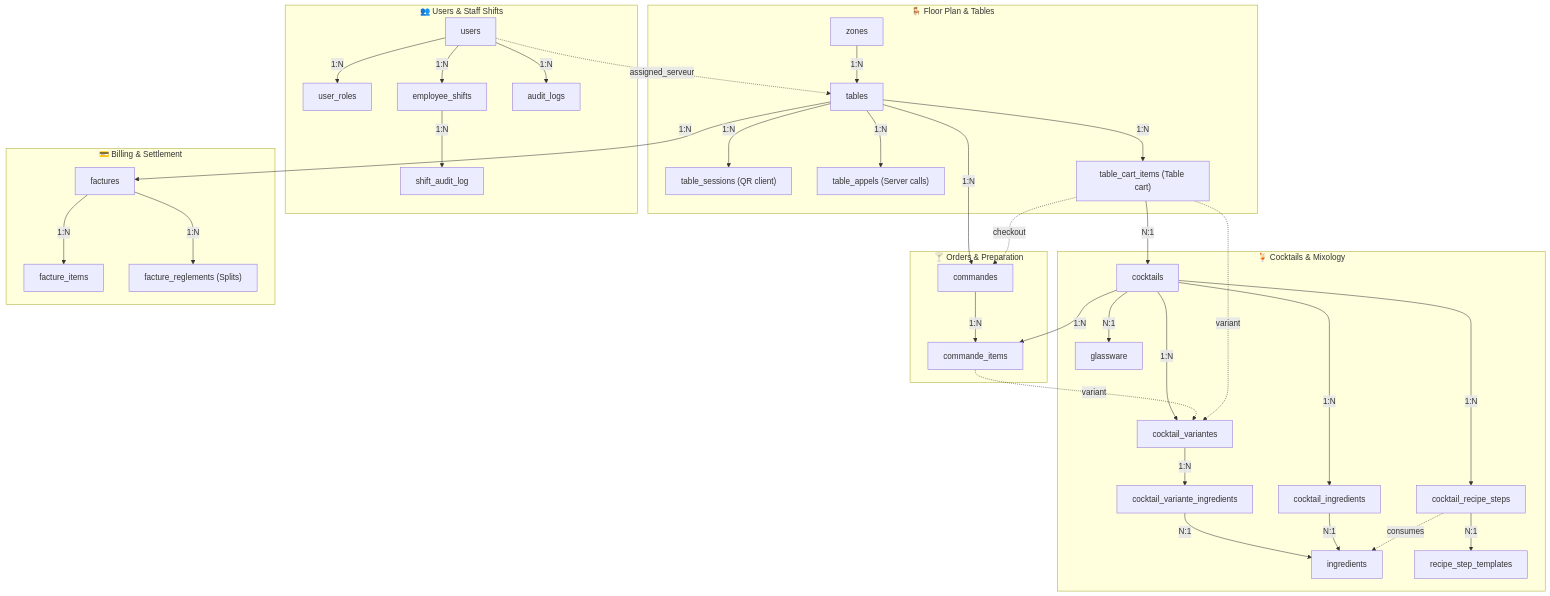
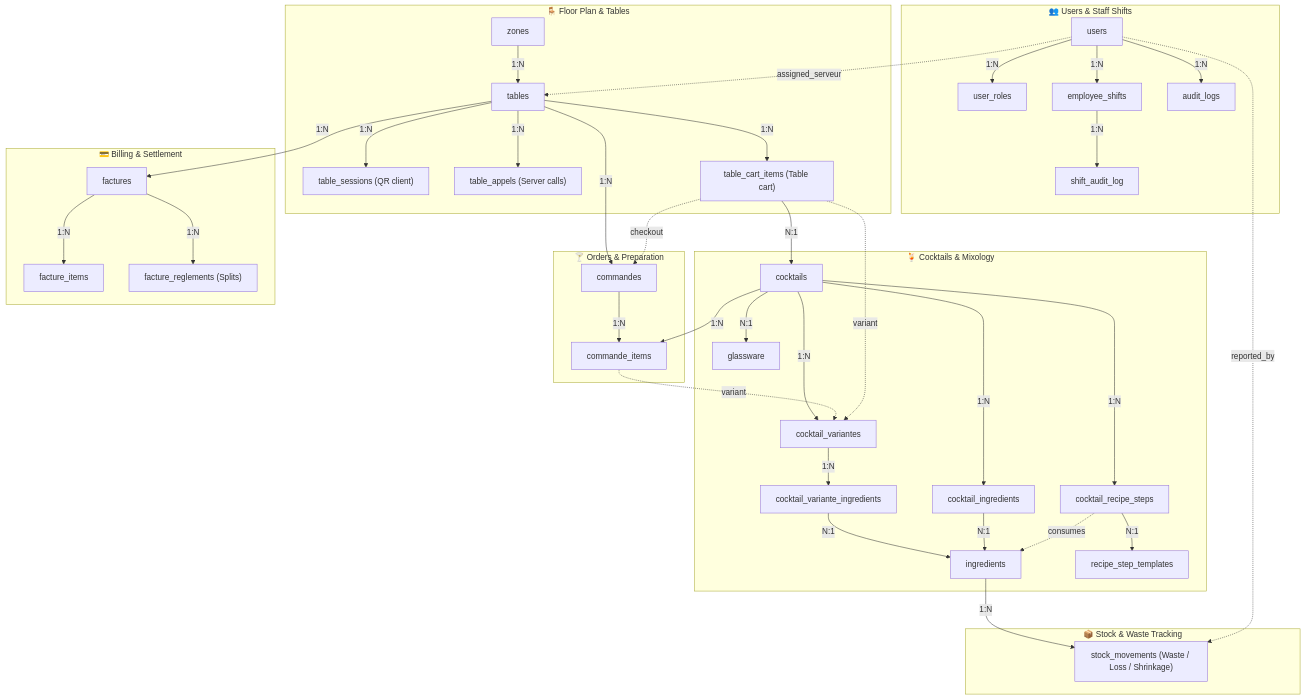
Before and after one commit to FunWarry/Open-Bar: the first of 2 diagrams in .agents/knowledge/architecture.md, drawn with Mermaid. The commit also changed other lines of this file and 1 other file, not shown here.

````diff
--- a/.agents/knowledge/architecture.md
+++ b/.agents/knowledge/architecture.md
@@ -105,46 +105,51 @@
 ```mermaid
 flowchart TD
     subgraph UsersDomain ["👥 Users & Staff Shifts"]
         USERS["users"] -->|"1:N"| USER_ROLES["user_roles"]
         USERS -->|"1:N"| EMPLOYEE_SHIFTS["employee_shifts"]
         EMPLOYEE_SHIFTS -->|"1:N"| SHIFT_AUDIT_LOG["shift_audit_log"]
         USERS -->|"1:N"| AUDIT_LOGS["audit_logs"]
     end
 
     subgraph SalleDomain ["🪑 Floor Plan & Tables"]
         ZONES["zones"] -->|"1:N"| TABLES["tables"]
         USERS -.->|"assigned_serveur"| TABLES
         TABLES -->|"1:N"| TABLE_SESSIONS["table_sessions (QR client)"]
         TABLES -->|"1:N"| TABLE_APPELS["table_appels (Server calls)"]
         TABLES -->|"1:N"| TABLE_CART_ITEMS["table_cart_items (Table cart)"]
     end
 
     subgraph CommandesDomain ["🍸 Orders & Preparation"]
         TABLES -->|"1:N"| COMMANDES["commandes"]
         COMMANDES -->|"1:N"| COMMANDE_ITEMS["commande_items"]
         TABLE_CART_ITEMS -.->|"checkout"| COMMANDES
     end
 
     subgraph MixologieDomain ["🍹 Cocktails & Mixology"]
         COCKTAILS["cocktails"] -->|"1:N"| COMMANDE_ITEMS
         COCKTAILS -->|"1:N"| COCKTAIL_VARIANTES["cocktail_variantes"]
         COCKTAILS -->|"1:N"| COCKTAIL_INGREDIENTS["cocktail_ingredients"]
         COCKTAILS -->|"1:N"| COCKTAIL_RECIPE_STEPS["cocktail_recipe_steps"]
         COCKTAILS -->|"N:1"| GLASSWARE["glassware"]
         
         COCKTAIL_VARIANTES -->|"1:N"| COCKTAIL_VARIANTE_INGREDIENTS["cocktail_variante_ingredients"]
         COCKTAIL_VARIANTE_INGREDIENTS -->|"N:1"| INGREDIENTS["ingredients"]
         COCKTAIL_INGREDIENTS -->|"N:1"| INGREDIENTS
         COCKTAIL_RECIPE_STEPS -->|"N:1"| RECIPE_STEP_TEMPLATES["recipe_step_templates"]
         COCKTAIL_RECIPE_STEPS -.->|"consumes"| INGREDIENTS
         COMMANDE_ITEMS -.->|"variant"| COCKTAIL_VARIANTES
         TABLE_CART_ITEMS -->|"N:1"| COCKTAILS
         TABLE_CART_ITEMS -.->|"variant"| COCKTAIL_VARIANTES
     end
 
     subgraph FacturationDomain ["💳 Billing & Settlement"]
         TABLES -->|"1:N"| FACTURES["factures"]
         FACTURES -->|"1:N"| FACTURE_ITEMS["facture_items"]
         FACTURES -->|"1:N"| FACTURE_REGLEMENTS["facture_reglements (Splits)"]
     end
+
+    subgraph StockDomain ["📦 Stock & Waste Tracking"]
+        INGREDIENTS -->|"1:N"| STOCK_MOVEMENTS["stock_movements (Waste / Loss / Shrinkage)"]
+        USERS -.->|"reported_by"| STOCK_MOVEMENTS
+    end
 ```
````
